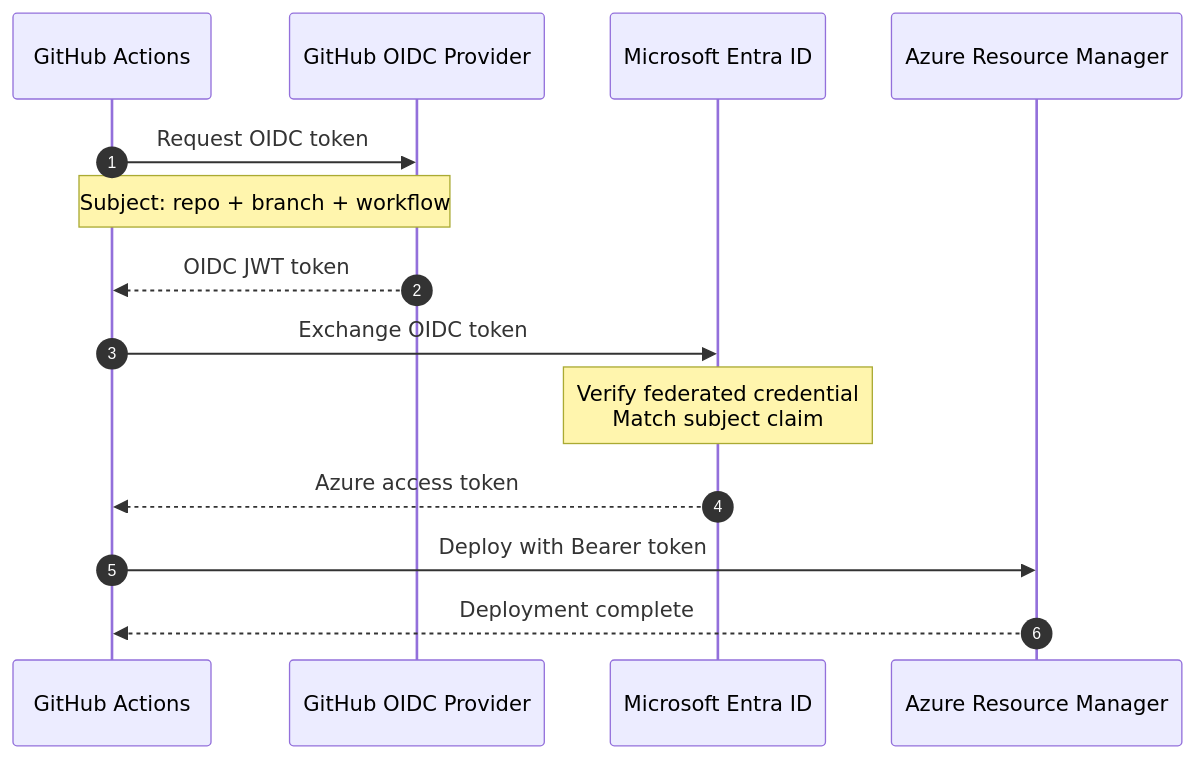
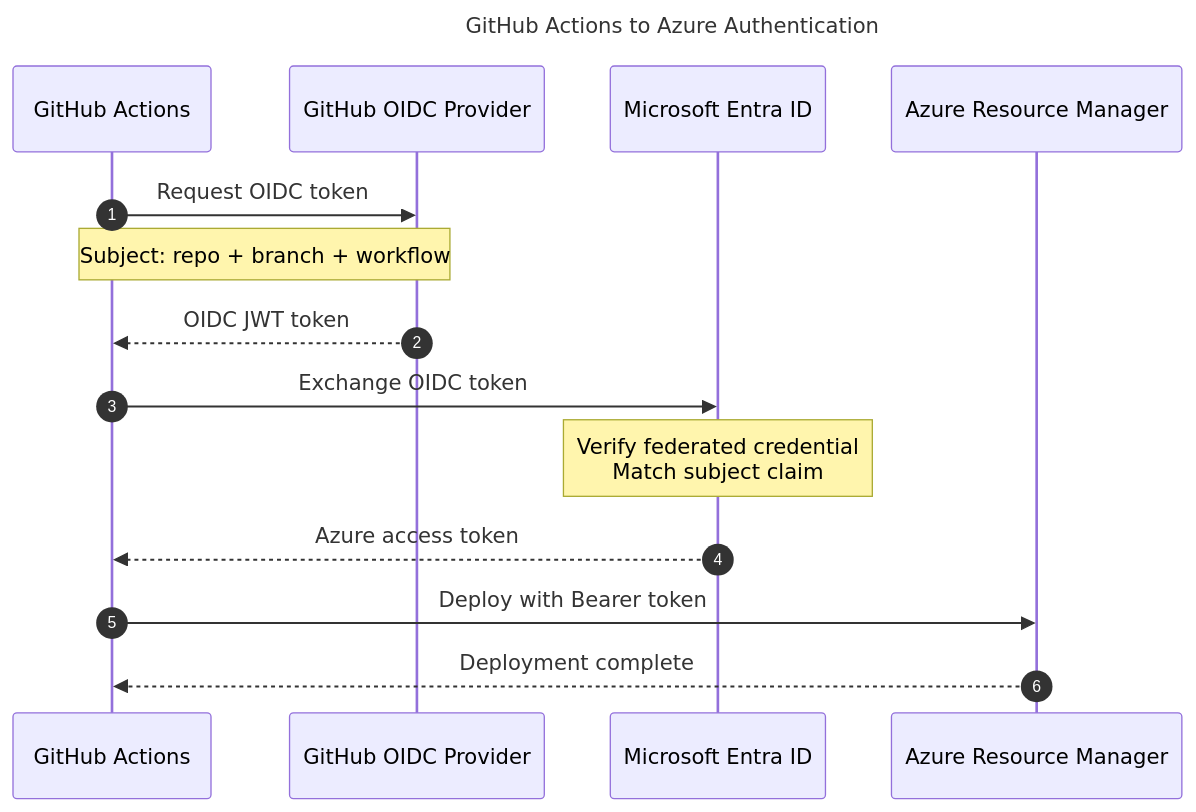
One commit to Evilazaro/Azure-LogicApps-Monitoring changed the fourth of 5 diagrams in docs/architecture/06-security-architecture.md. Above: the diagram before and after it, drawn with Mermaid. The commit also changed other lines of this file, not shown here.

Commit message:
feat: Revise security architecture diagrams with enhanced structure, connections, and visual styles

````diff
--- a/docs/architecture/06-security-architecture.md
+++ b/docs/architecture/06-security-architecture.md
@@ -178,21 +220,24 @@
 ```mermaid
+---
+title: GitHub Actions to Azure Authentication
+---
 sequenceDiagram
     autonumber
     participant GH as GitHub Actions
     participant GHOIDC as GitHub OIDC Provider
     participant Entra as Microsoft Entra ID
     participant ARM as Azure Resource Manager
 
     GH->>GHOIDC: Request OIDC token
     Note over GH,GHOIDC: Subject: repo + branch + workflow
 
     GHOIDC-->>GH: OIDC JWT token
 
     GH->>Entra: Exchange OIDC token
     Note over Entra: Verify federated credential<br/>Match subject claim
 
     Entra-->>GH: Azure access token
 
     GH->>ARM: Deploy with Bearer token
     ARM-->>GH: Deployment complete
 ```
````
